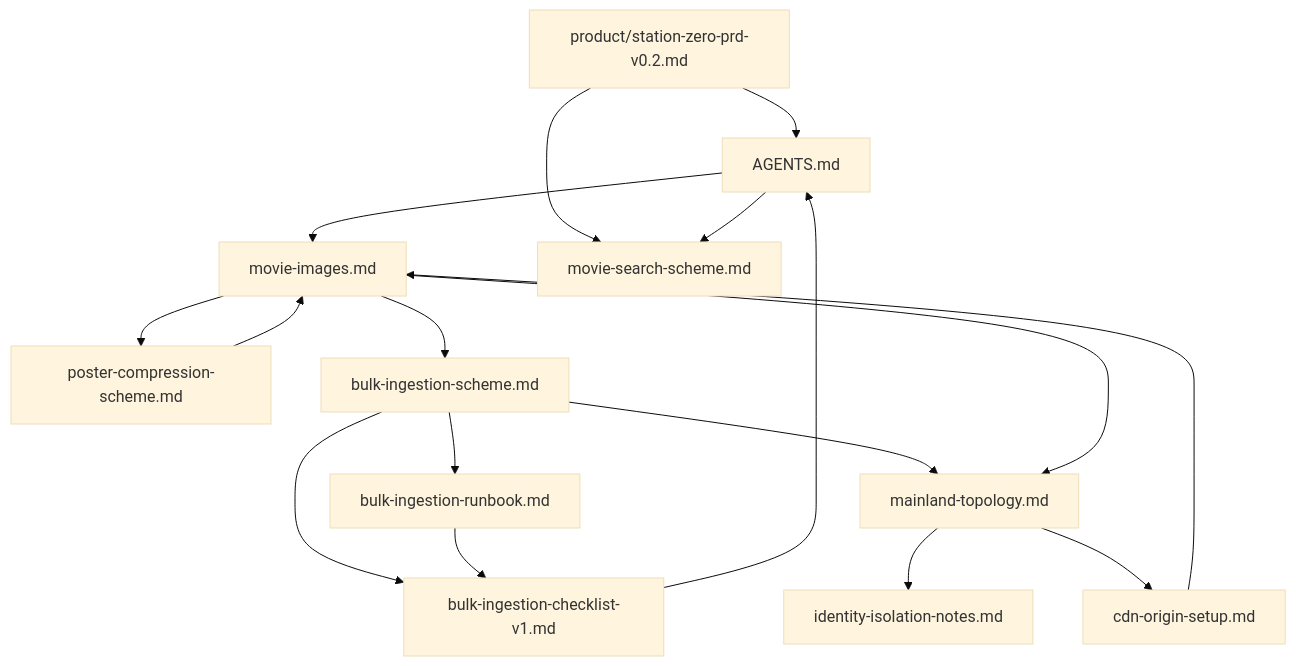
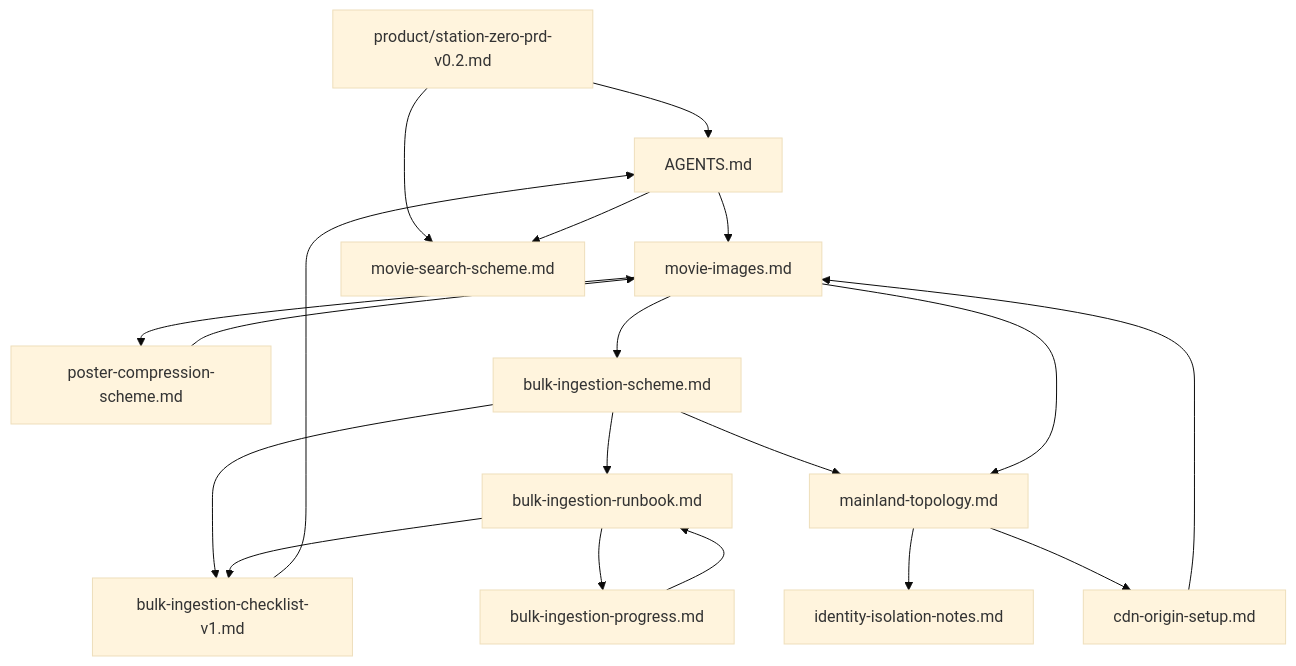
Before and after one commit to xue7106211/station-zero: the diagram in docs/index.md, drawn with Mermaid (base theme). The commit also changed other lines of this file and 22 other files, not shown here.

First line of the commit message:
Add bulk-ingest offset, publish command, and ingestion progress docs.

````diff
--- a/docs/index.md
+++ b/docs/index.md
@@ -174,31 +184,34 @@
 ```mermaid
 flowchart TB
   prd[product/station-zero-prd-v0.2.md]
   img[movie-images.md]
   poster[poster-compression-scheme.md]
   search[movie-search-scheme.md]
   bulk[bulk-ingestion-scheme.md]
   checklist[bulk-ingestion-checklist-v1.md]
   runbook[bulk-ingestion-runbook.md]
+  progress[bulk-ingestion-progress.md]
   topo[mainland-topology.md]
   identity[identity-isolation-notes.md]
   cdn[cdn-origin-setup.md]
   agents[AGENTS.md]
 
   prd --> agents
   prd --> search
   agents --> search
   img --> bulk
   img --> poster
   poster --> img
   bulk --> checklist
   bulk --> runbook
   runbook --> checklist
+  runbook --> progress
+  progress --> runbook
   bulk --> topo
   img --> topo
   topo --> identity
   topo --> cdn
   cdn --> img
   agents --> img
   checklist --> agents
 ```
````
